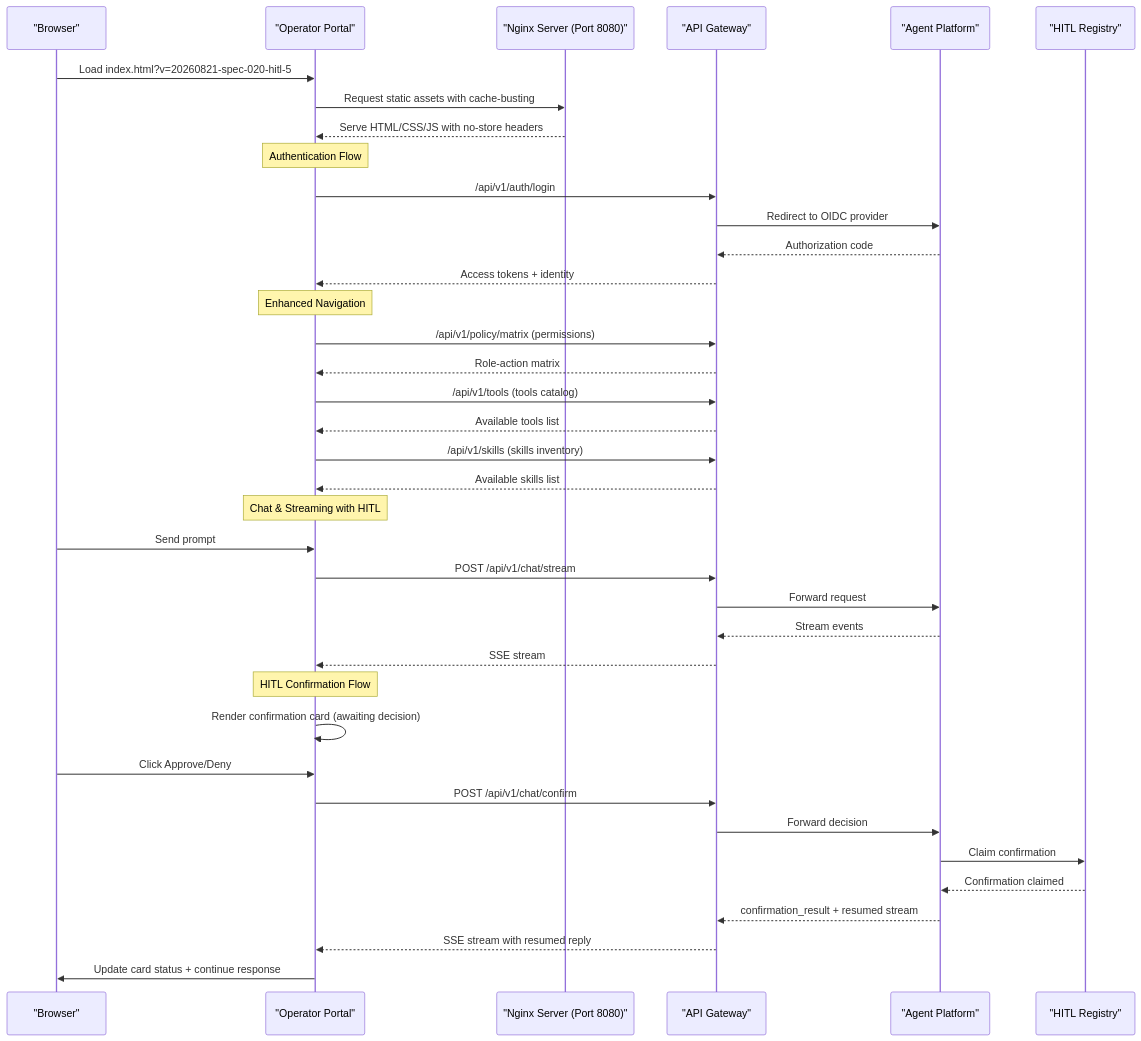
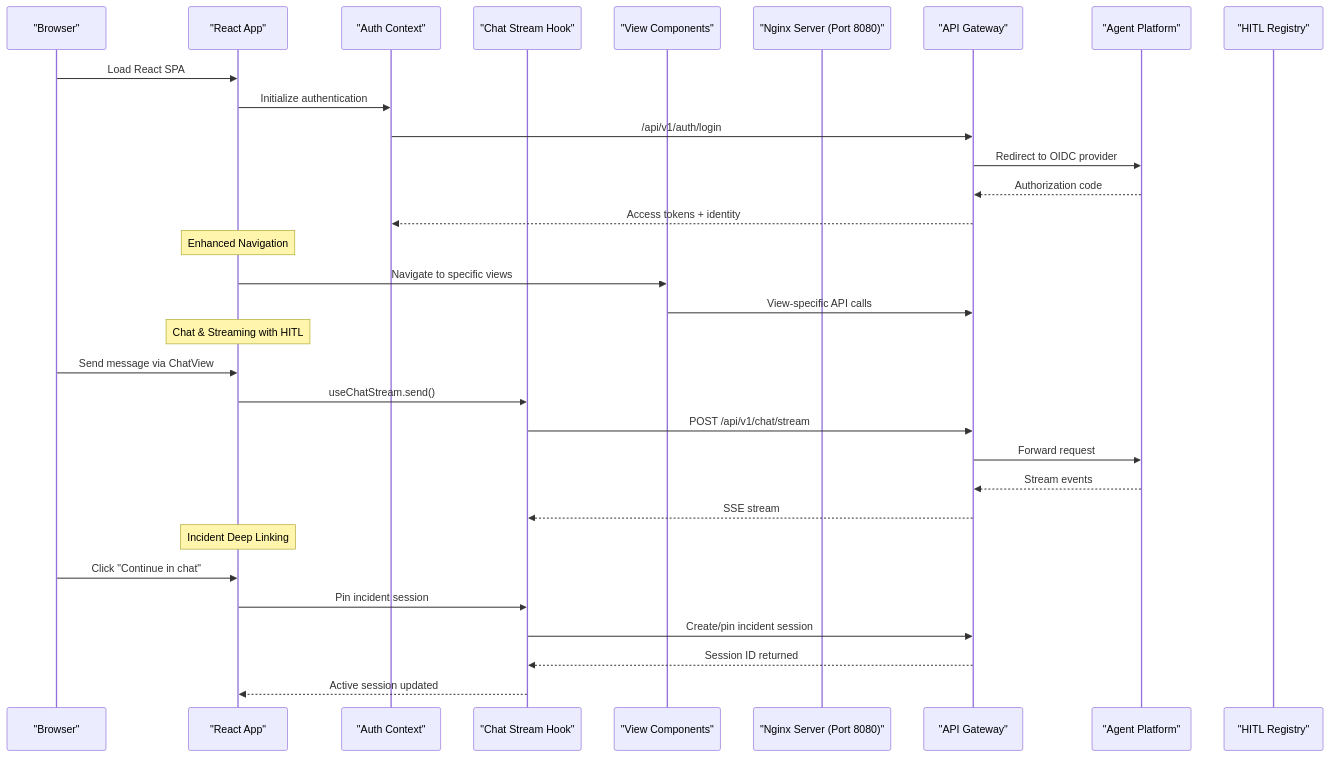
One commit to metasync/luban-aiops changed the second of 2 diagrams in .qoder/repowiki/en/content/Operator Portal.md. Above: the diagram before and after it, drawn with Mermaid. The commit also changed other lines of this file and 51 other files, not shown here.

Commit message:
docs: refresh repowiki knowledge cache for SPEC-023 portal framework rebuild

````diff
--- a/.qoder/repowiki/en/content/Operator Portal.md
+++ b/.qoder/repowiki/en/content/Operator Portal.md
@@ -156,40 +185,34 @@
 ```mermaid
 sequenceDiagram
 participant User as "Browser"
-participant Portal as "Operator Portal"
+participant React as "React App"
+participant Auth as "Auth Context"
+participant Stream as "Chat Stream Hook"
+participant Views as "View Components"
 participant Nginx as "Nginx Server (Port 8080)"
 participant Gateway as "API Gateway"
 participant Agent as "Agent Platform"
 participant HITL as "HITL Registry"
-User->>Portal : Load index.html?v=20260821-spec-020-hitl-5
-Portal->>Nginx : Request static assets with cache-busting
-Nginx-->>Portal : Serve HTML/CSS/JS with no-store headers
-Note over Portal : Authentication Flow
-Portal->>Gateway : /api/v1/auth/login
+User->>React : Load React SPA
+React->>Auth : Initialize authentication
+Auth->>Gateway : /api/v1/auth/login
 Gateway->>Agent : Redirect to OIDC provider
 Agent-->>Gateway : Authorization code
-Gateway-->>Portal : Access tokens + identity
-Note over Portal : Enhanced Navigation
-Portal->>Gateway : /api/v1/policy/matrix (permissions)
-Gateway-->>Portal : Role-action matrix
-Portal->>Gateway : /api/v1/tools (tools catalog)
-Gateway-->>Portal : Available tools list
-Portal->>Gateway : /api/v1/skills (skills inventory)
-Gateway-->>Portal : Available skills list
-Note over Portal : Chat & Streaming with HITL
-User->>Portal : Send prompt
-Portal->>Gateway : POST /api/v1/chat/stream
+Gateway-->>Auth : Access tokens + identity
+Note over React : Enhanced Navigation
+React->>Views : Navigate to specific views
+Views->>Gateway : View-specific API calls
+Note over React : Chat & Streaming with HITL
+User->>React : Send message via ChatView
+React->>Stream : useChatStream.send()
+Stream->>Gateway : POST /api/v1/chat/stream
 Gateway->>Agent : Forward request
 Agent-->>Gateway : Stream events
-Gateway-->>Portal : SSE stream
-Note over Portal : HITL Confirmation Flow
-Portal->>Portal : Render confirmation card (awaiting decision)
-User->>Portal : Click Approve/Deny
-Portal->>Gateway : POST /api/v1/chat/confirm
-Gateway->>Agent : Forward decision
-Agent->>HITL : Claim confirmation
-HITL-->>Agent : Confirmation claimed
-Agent-->>Gateway : confirmation_result + resumed stream
-Gateway-->>Portal : SSE stream with resumed reply
-Portal->>User : Update card status + continue response
+Gateway-->>Stream : SSE stream
+Note over React : Incident Deep Linking
+User->>React : Click "Continue in chat"
+React->>Stream : Pin incident session
+Stream->>Gateway : Create/pin incident session
+Gateway-->>Stream : Session ID returned
+Stream-->>React : Active session updated
 ```
````
